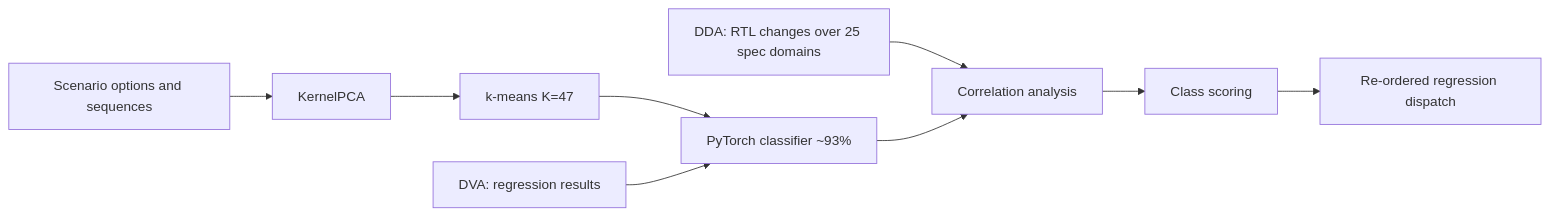
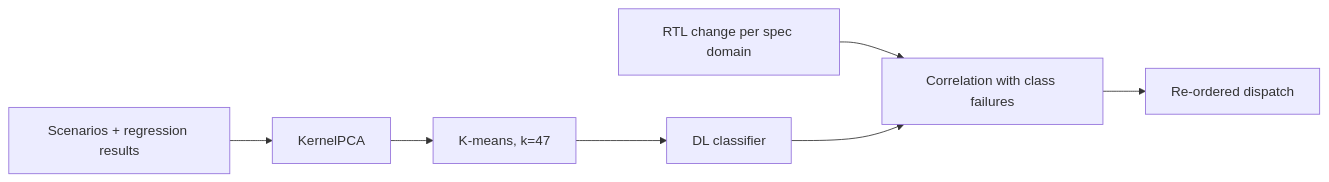
Before and after one commit to nemo99007/yt-paper: the diagram in docs/papers/ref-20261018-7aa6-machine-learning-based-verification-planning-methodology-usi.md, drawn with Mermaid. The commit also changed other lines of this file and 172 other files, not shown here.

````diff
--- a/docs/papers/ref-20261018-7aa6-machine-learning-based-verification-planning-methodology-usi.md
+++ b/docs/papers/ref-20261018-7aa6-machine-learning-based-verification-planning-methodology-usi.md
@@ -238,11 +199,9 @@
 ```mermaid
 flowchart LR
-  S[Scenario options and sequences] --> P[KernelPCA]
-  P --> K[k-means K=47]
-  K --> C[PyTorch classifier ~93%]
-  D[DDA: RTL changes over 25 spec domains] --> R[Correlation analysis]
-  C --> R
-  V[DVA: regression results] --> C
-  R --> Sc[Class scoring]
-  Sc --> O[Re-ordered regression dispatch]
+    A[Scenarios + regression results] --> B[KernelPCA]
+    B --> C[K-means, k=47]
+    C --> D[DL classifier]
+    E[RTL change per spec domain] --> F[Correlation with class failures]
+    D --> F
+    F --> G[Re-ordered dispatch]
 ```
````
